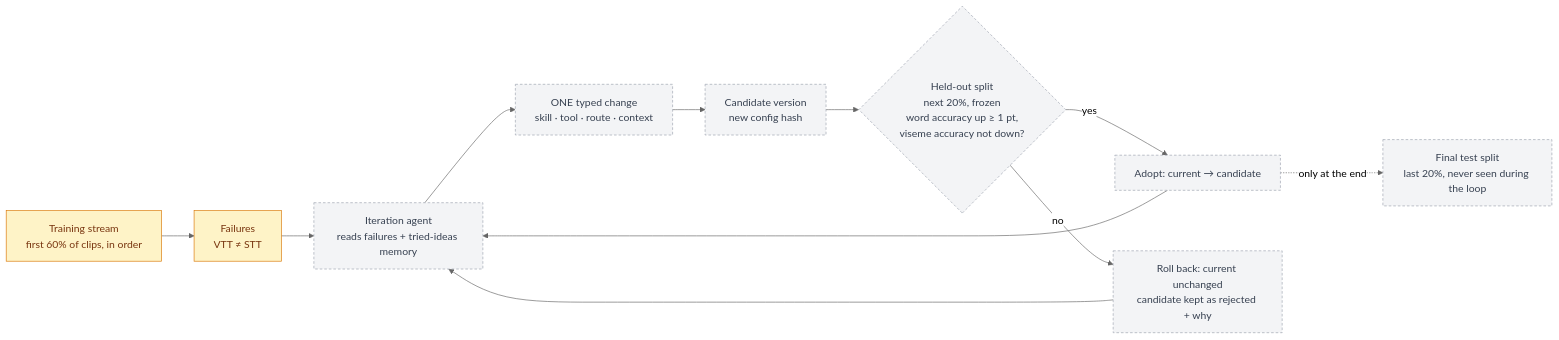
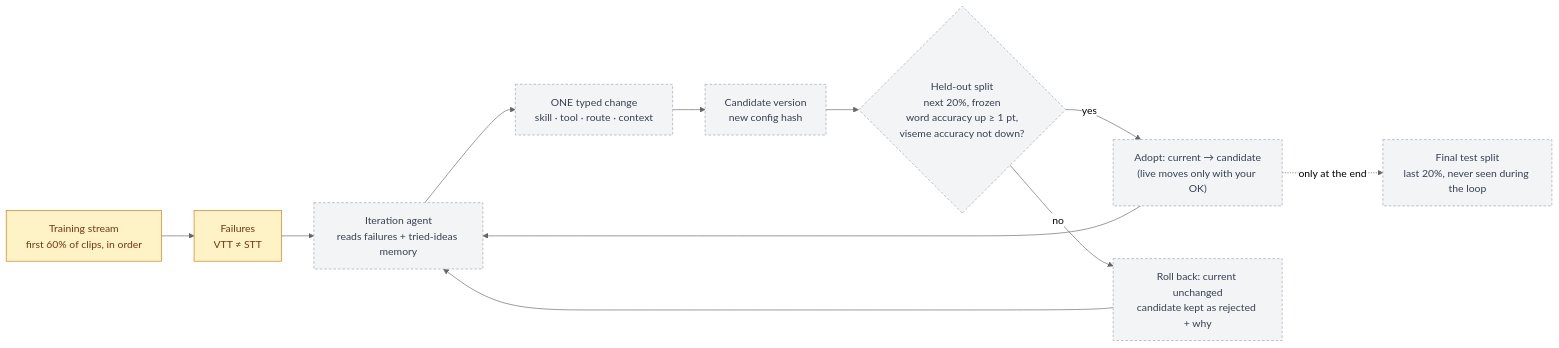
Before and after one commit to Darijan-Ducic/badge-machine: the diagram in docs/self-improvement.md, drawn with Mermaid (neutral theme). The commit also changed other lines of this file and 1 other file, not shown here.

Commit message:
docs: performance is versioning — every chart point is a version; live vs current pointers

````diff
--- a/docs/self-improvement.md
+++ b/docs/self-improvement.md
@@ -20,19 +20,19 @@
 ```mermaid
 flowchart LR
   STREAM["Training stream<br/>first 60% of clips, in order"] --> FAIL["Failures<br/>VTT ≠ STT"]
   FAIL --> AGENT["Iteration agent<br/>reads failures + tried-ideas memory"]
   AGENT --> CHANGE["ONE typed change<br/>skill · tool · route · context"]
   CHANGE --> CAND["Candidate version<br/>new config hash"]
   CAND --> GATE{"Held-out split<br/>next 20%, frozen<br/>word accuracy up ≥ 1 pt,<br/>viseme accuracy not down?"}
-  GATE -- yes --> ADOPT["Adopt: current → candidate"]
+  GATE -- yes --> ADOPT["Adopt: current → candidate<br/>(live moves only with your OK)"]
   GATE -- no --> ROLL["Roll back: current unchanged<br/>candidate kept as rejected + why"]
   ADOPT --> AGENT
   ROLL --> AGENT
   ADOPT -. "only at the end" .-> TEST["Final test split<br/>last 20%, never seen during the loop"]
 
   classDef built fill:#d1fae5,stroke:#059669,color:#064e3b
   classDef building fill:#fef3c7,stroke:#d97706,color:#78350f
   classDef planned fill:#f3f4f6,stroke:#9ca3af,color:#374151,stroke-dasharray:4 3
   class STREAM,FAIL building
   class AGENT,CHANGE,CAND,GATE,ADOPT,ROLL,TEST planned
 ```
````
